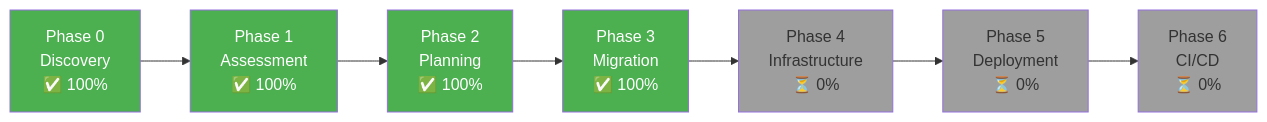
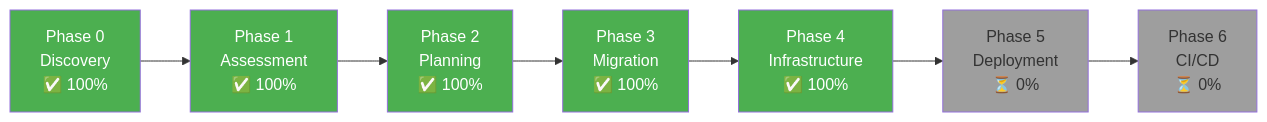
The diagram in reports/Report-Status.md (RobertoBorges/PHP-Bookstore-Website-Example), drawn with Mermaid before and after one commit. The commit also changed other lines of this file and 33 other files, not shown here.

First line of the commit message:
feat: Convert Bookstore infrastructure to Helm chart

````diff
--- a/reports/Report-Status.md
+++ b/reports/Report-Status.md
@@ -13,17 +13,17 @@
 ```mermaid
 graph LR
     P0[Phase 0<br/>Discovery<br/>✅ 100%] --> P1[Phase 1<br/>Assessment<br/>✅ 100%]
     P1 --> P2[Phase 2<br/>Planning<br/>✅ 100%]
     P2 --> P3[Phase 3<br/>Migration<br/>✅ 100%]
-    P3 --> P4[Phase 4<br/>Infrastructure<br/>⏳ 0%]
+    P3 --> P4[Phase 4<br/>Infrastructure<br/>✅ 100%]
     P4 --> P5[Phase 5<br/>Deployment<br/>⏳ 0%]
     P5 --> P6[Phase 6<br/>CI/CD<br/>⏳ 0%]
     
     style P0 fill:#4CAF50,color:#fff
     style P1 fill:#4CAF50,color:#fff
     style P2 fill:#4CAF50,color:#fff
     style P3 fill:#4CAF50,color:#fff
-    style P4 fill:#9E9E9E
+    style P4 fill:#4CAF50,color:#fff
     style P5 fill:#9E9E9E
     style P6 fill:#9E9E9E
 ```
````
